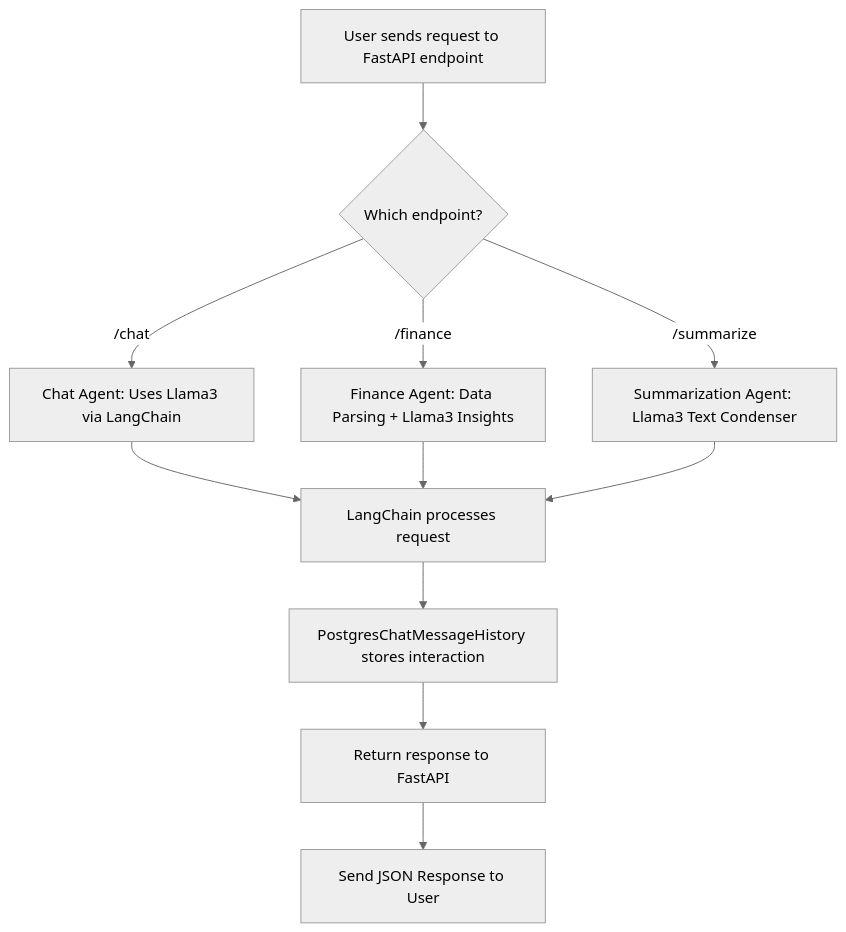
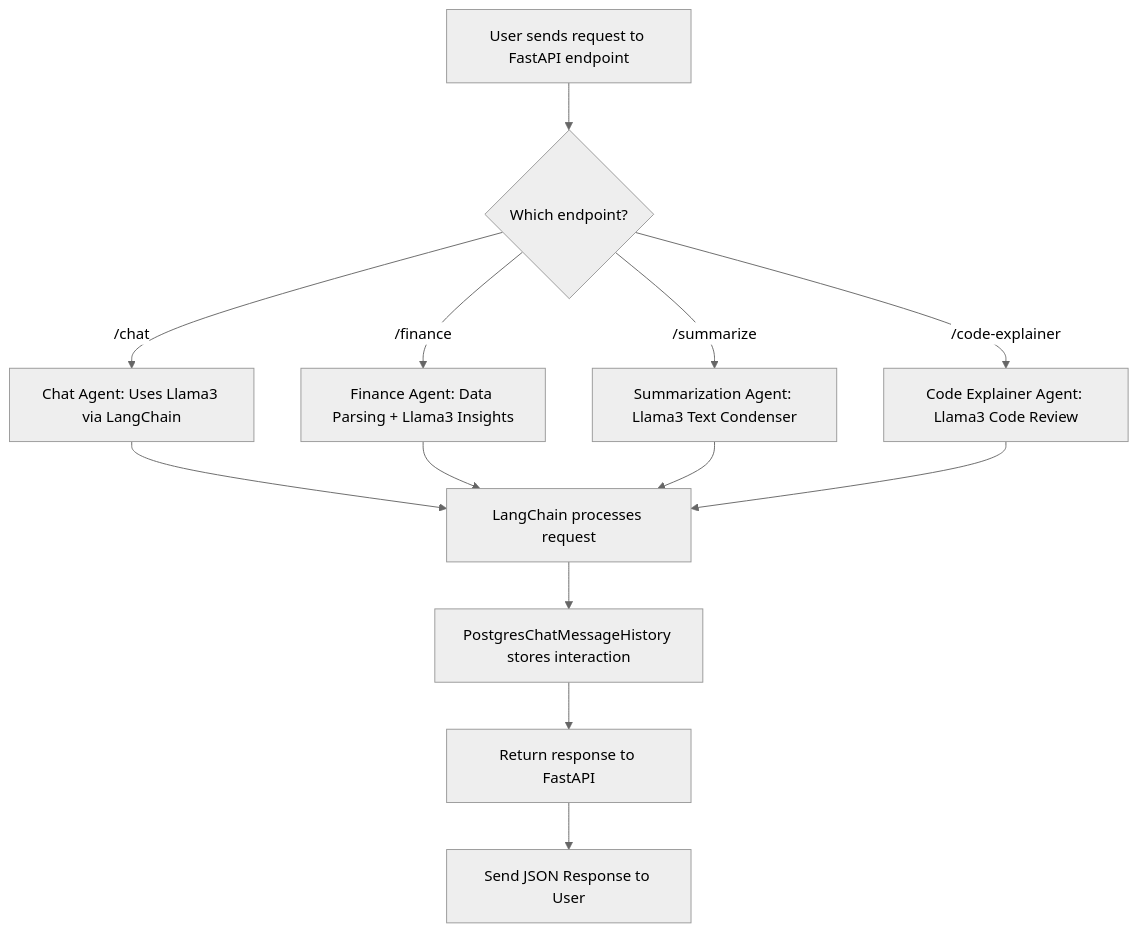
Before and after one commit to Rechidesigns/AI-agent-llama3-ollama-langchain-: the diagram in README.md, drawn with Mermaid (neutral theme). The commit also changed other lines of this file, not shown here.

````diff
--- a/README.md
+++ b/README.md
@@ -18,18 +20,18 @@
 ```mermaid
 flowchart TD
     A[User sends request to FastAPI endpoint] --> B{Which endpoint?}
 
     B -->|/chat| C[Chat Agent: Uses Llama3 via LangChain]
     B -->|/finance| D[Finance Agent: Data Parsing + Llama3 Insights]
     B -->|/summarize| E[Summarization Agent: Llama3 Text Condenser]
+    B -->|/code-explainer| CE[Code Explainer Agent: Llama3 Code Review]
 
     C --> F[LangChain processes request]
     D --> F
     E --> F
+    CE --> F
 
     F --> G[PostgresChatMessageHistory stores interaction]
     G --> H[Return response to FastAPI]
     H --> I[Send JSON Response to User]
-
-
 ```
````
